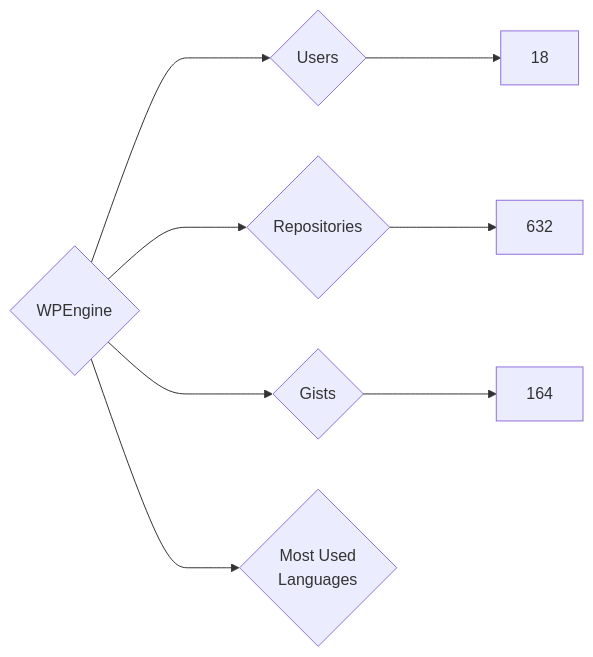
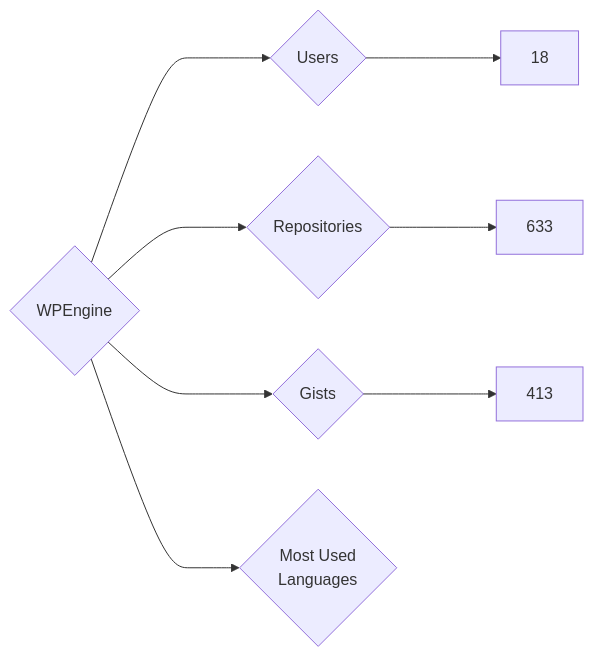
Before and after one commit to nenadzaric/insiders: the diagram in targets/WPEngine/README.md, drawn with Mermaid. The commit also changed 1342 other files, not shown here.

````diff
--- a/targets/WPEngine/README.md
+++ b/targets/WPEngine/README.md
@@ -3,8 +3,8 @@
 ```mermaid
 graph LR
 COMPANY_NAME{WPEngine}
 COMPANY_NAME ---> U{Users} ---> UN[18]
-COMPANY_NAME ---> R{Repositories} ---> RN[632]
-COMPANY_NAME ---> G{Gists} ---> GN[164]
+COMPANY_NAME ---> R{Repositories} ---> RN[633]
+COMPANY_NAME ---> G{Gists} ---> GN[413]
 COMPANY_NAME ---> ML{Most Used<br>Languages}
 ```
````
